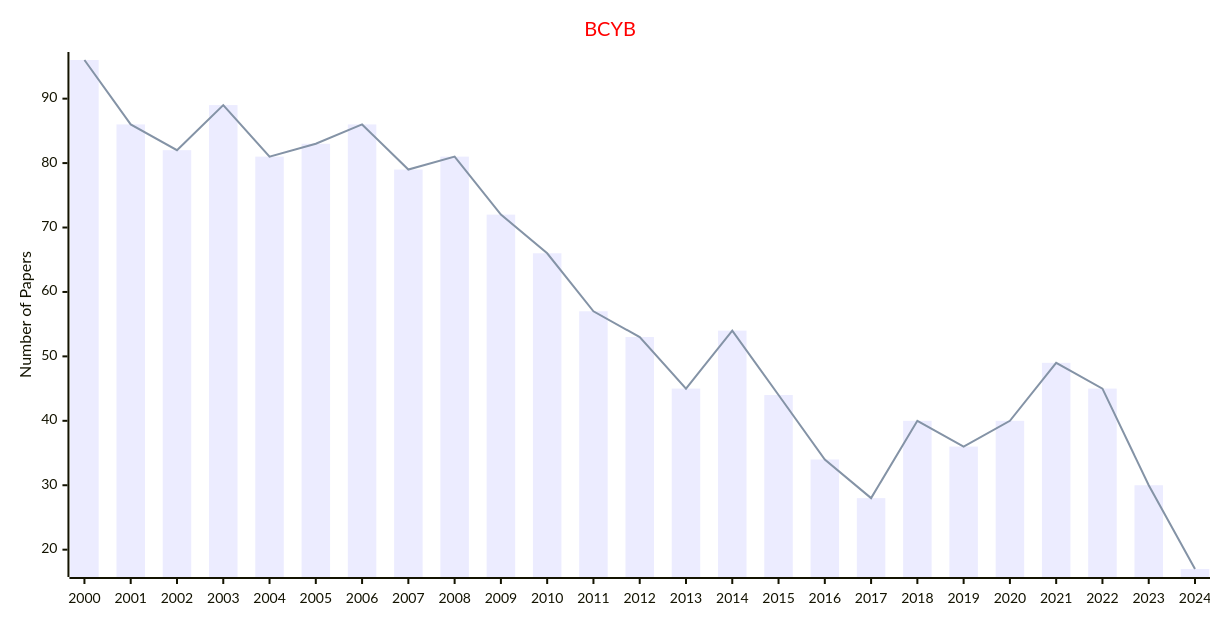
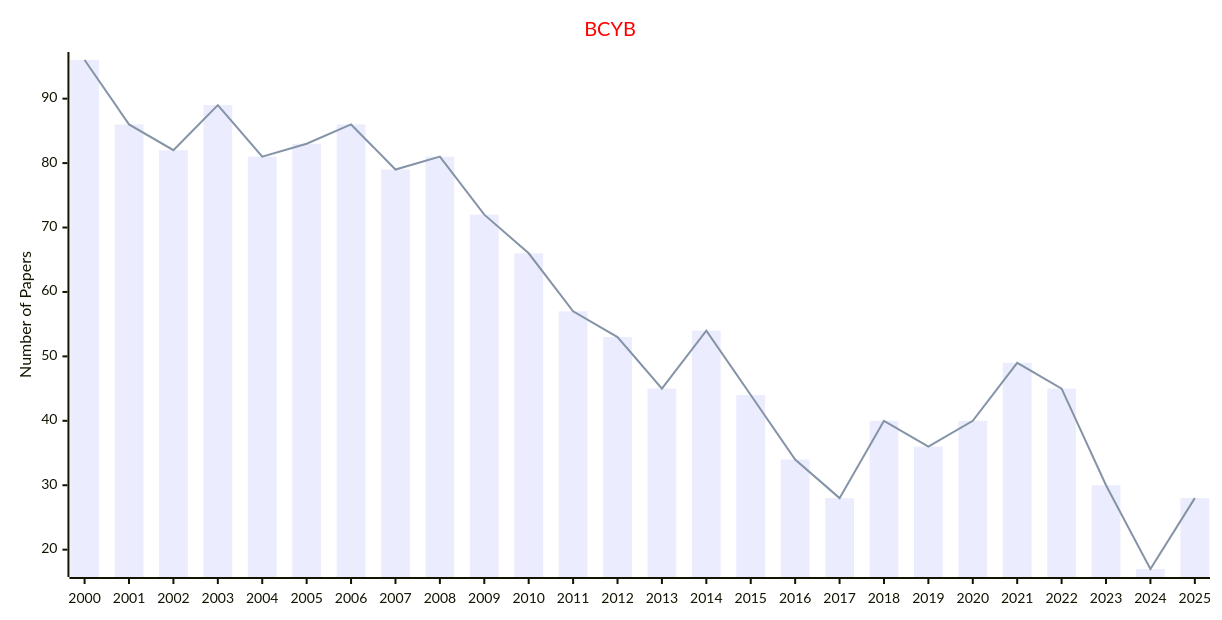
The sixth of 8 diagrams in docs/data/Journals/Statistics_Journals/Cybernetics.md (Easy-PhD/AILinks), drawn with Mermaid before and after one commit. The commit also changed other lines of this file and 107 other files, not shown here.

````diff
--- a/docs/data/Journals/Statistics_Journals/Cybernetics.md
+++ b/docs/data/Journals/Statistics_Journals/Cybernetics.md
@@ -129,17 +129,17 @@
 ```mermaid
 ---
 config:
     xyChart:
         width: 1200
         height: 600
     themeVariables:
         xyChart:
             titleColor: "#ff0000"
 ---
 xychart-beta
     title "BCYB"
-    x-axis [2000, 2001, 2002, 2003, 2004, 2005, 2006, 2007, 2008, 2009, 2010, 2011, 2012, 2013, 2014, 2015, 2016, 2017, 2018, 2019, 2020, 2021, 2022, 2023, 2024]
+    x-axis [2000, 2001, 2002, 2003, 2004, 2005, 2006, 2007, 2008, 2009, 2010, 2011, 2012, 2013, 2014, 2015, 2016, 2017, 2018, 2019, 2020, 2021, 2022, 2023, 2024, 2025]
     y-axis "Number of Papers"
-    bar [96, 86, 82, 89, 81, 83, 86, 79, 81, 72, 66, 57, 53, 45, 54, 44, 34, 28, 40, 36, 40, 49, 45, 30, 17]
-    line [96, 86, 82, 89, 81, 83, 86, 79, 81, 72, 66, 57, 53, 45, 54, 44, 34, 28, 40, 36, 40, 49, 45, 30, 17]
+    bar [96, 86, 82, 89, 81, 83, 86, 79, 81, 72, 66, 57, 53, 45, 54, 44, 34, 28, 40, 36, 40, 49, 45, 30, 17, 28]
+    line [96, 86, 82, 89, 81, 83, 86, 79, 81, 72, 66, 57, 53, 45, 54, 44, 34, 28, 40, 36, 40, 49, 45, 30, 17, 28]
 ```
````
